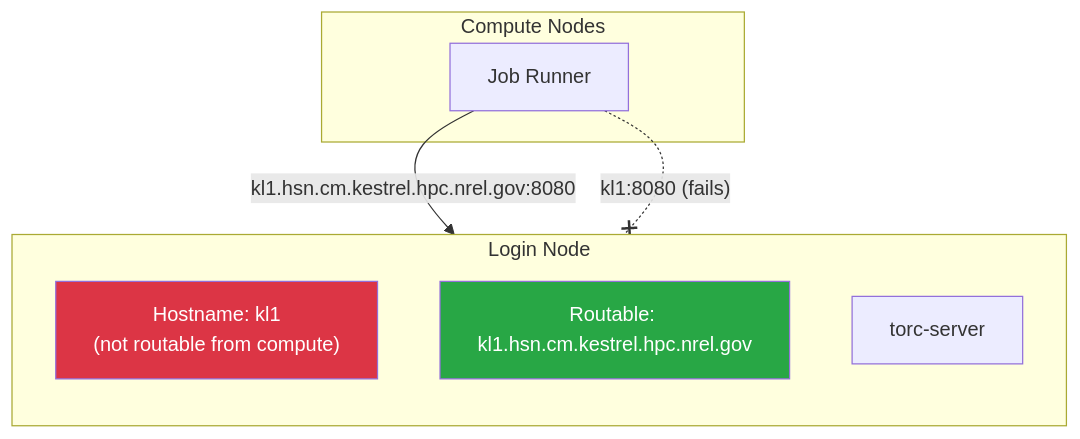
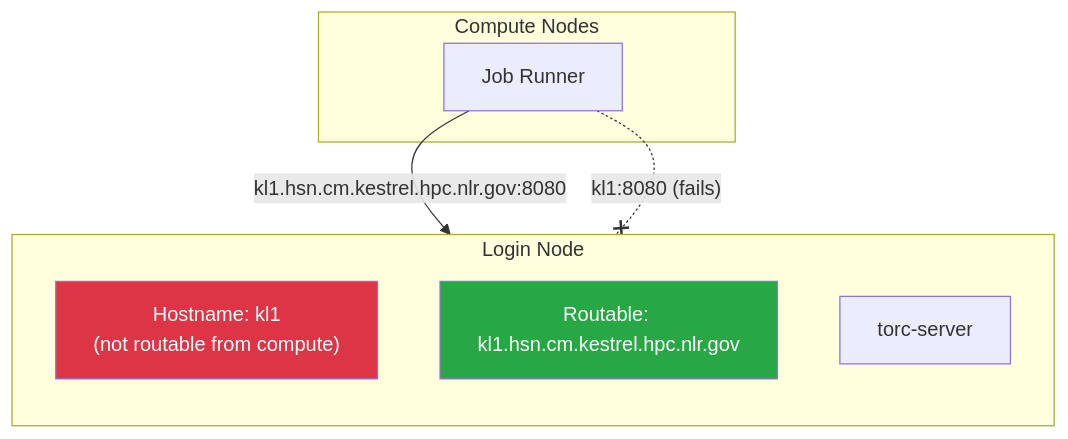
One commit to NatLabRockies/torc changed the fourth of 5 diagrams in docs/src/core/concepts/network-connectivity.md. Above: the diagram before and after it, drawn with Mermaid. The commit also changed other lines of this file and 22 other files, not shown here.

First line of the commit message:
Update NREL references to NLR/NatLabRockies

````diff
--- a/docs/src/core/concepts/network-connectivity.md
+++ b/docs/src/core/concepts/network-connectivity.md
@@ -148,19 +148,19 @@
 ```mermaid
 flowchart TB
     subgraph login["Login Node"]
         direction TB
         note1["Hostname: kl1<br/>(not routable from compute)"]
-        note2["Routable: kl1.hsn.cm.kestrel.hpc.nrel.gov"]
+        note2["Routable: kl1.hsn.cm.kestrel.hpc.nlr.gov"]
         SERVER["torc-server"]
     end
 
     subgraph compute["Compute Nodes"]
         R1["Job Runner"]
     end
 
-    R1 -->|"kl1.hsn.cm.kestrel.hpc.nrel.gov:8080"| SERVER
+    R1 -->|"kl1.hsn.cm.kestrel.hpc.nlr.gov:8080"| SERVER
     R1 -.-x|"kl1:8080 (fails)"| SERVER
 
     style note1 fill:#dc3545,color:#fff
     style note2 fill:#28a745,color:#fff
 ```
````
